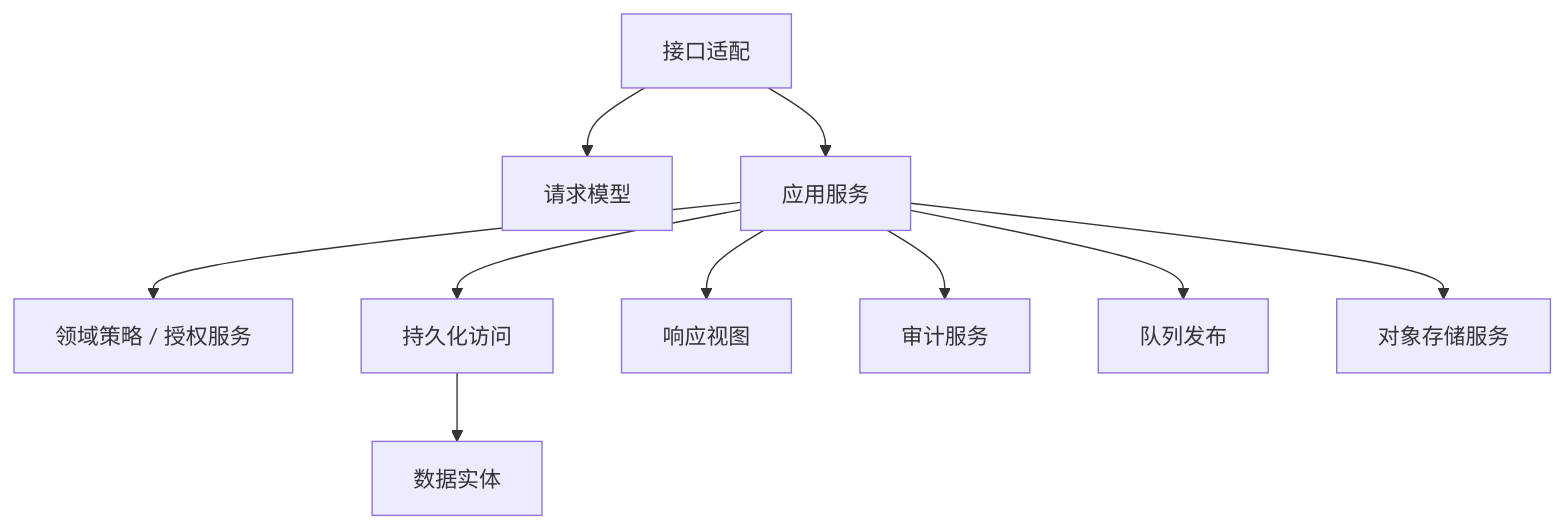
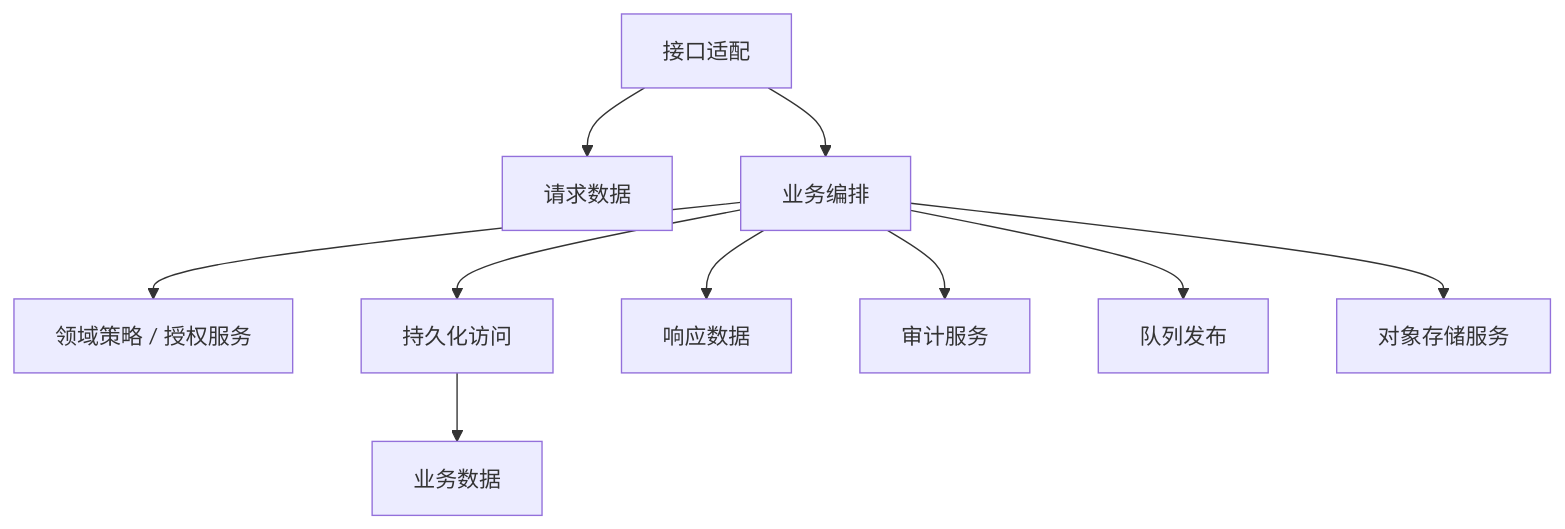
Before and after one commit to BUAA-SEProject/docs: diagram 32 of 36 in 02-process-docs/detailed-design.md, drawn with Mermaid. The commit also changed other lines of this file and 3 other files, not shown here.

````diff
--- a/02-process-docs/detailed-design.md
+++ b/02-process-docs/detailed-design.md
@@ -822,23 +822,23 @@
 ```mermaid
 flowchart TD
-  Controller["接口适配"]
-  Request["请求模型"]
-  AppService["应用服务"]
+  Interface["接口适配"]
+  Request["请求数据"]
+  Business["业务编排"]
   Policy["领域策略 / 授权服务"]
   Mapper["持久化访问"]
-  Entity["数据实体"]
-  View["响应视图"]
+  Data["业务数据"]
+  Output["响应数据"]
   Audit["审计服务"]
   Queue["队列发布"]
   Storage["对象存储服务"]
 
-  Controller --> Request
-  Controller --> AppService
-  AppService --> Policy
-  AppService --> Mapper
-  Mapper --> Entity
-  AppService --> View
-  AppService --> Audit
-  AppService --> Queue
-  AppService --> Storage
+  Interface --> Request
+  Interface --> Business
+  Business --> Policy
+  Business --> Mapper
+  Mapper --> Data
+  Business --> Output
+  Business --> Audit
+  Business --> Queue
+  Business --> Storage
 ```
````
